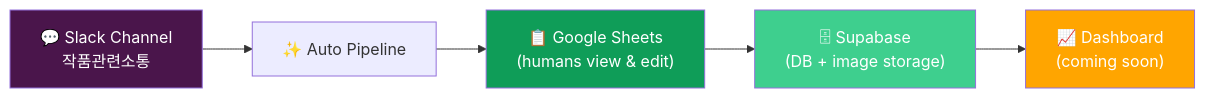
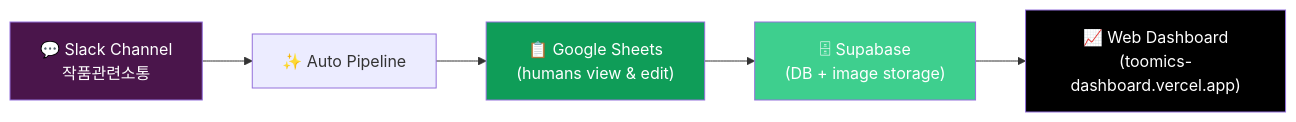
The first of 7 diagrams in ARCHITECTURE.en.md (chonghlee-cmyk/slack_messages), drawn with Mermaid before and after one commit. The commit also changed other lines of this file and 1 other file, not shown here.

````diff
--- a/ARCHITECTURE.en.md
+++ b/ARCHITECTURE.en.md
@@ -24,12 +24,12 @@
 ```mermaid
 flowchart LR
     A["💬 Slack Channel<br/>작품관련소통"] --> B["✨ Auto Pipeline"]
     B --> C["📋 Google Sheets<br/>(humans view & edit)"]
     C --> D["🗄 Supabase<br/>(DB + image storage)"]
-    D --> E["📈 Dashboard<br/>(coming soon)"]
+    D --> E["📈 Web Dashboard<br/>(toomics-dashboard.vercel.app)"]
 
     style A fill:#4A154B,color:#fff
     style C fill:#0F9D58,color:#fff
     style D fill:#3ECF8E,color:#fff
-    style E fill:#FFA500,color:#fff
+    style E fill:#000,color:#fff
 ```
````
